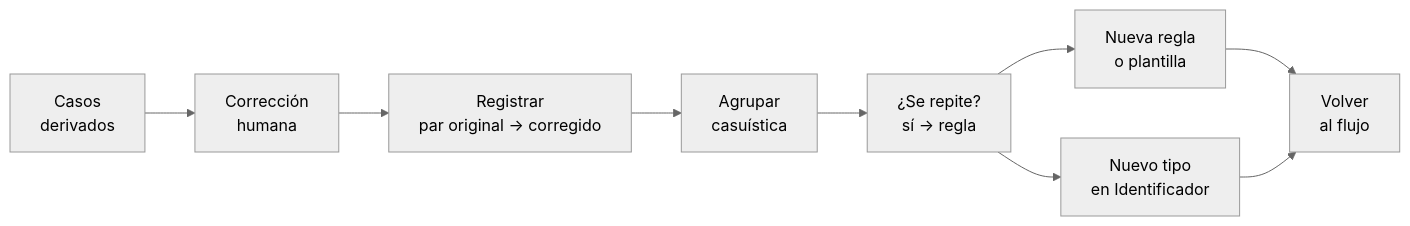
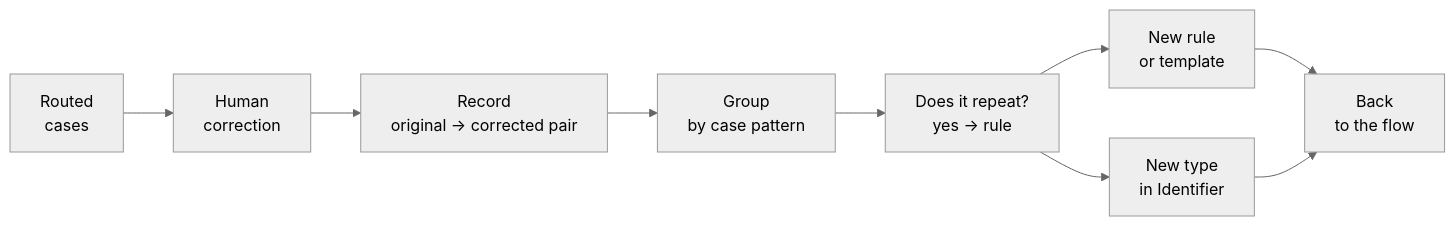
Before and after one commit to mariogarcia-ar/docflow: diagram 12 of 15 in README.md, drawn with Mermaid (neutral theme). The commit also changed other lines of this file, not shown here.

````diff
--- a/README.md
+++ b/README.md
@@ -442,11 +442,11 @@
 ```mermaid
 graph LR
-    A["Casos<br/>derivados"] --> B["Corrección<br/>humana"]
-    B --> C["Registrar<br/>par original → corregido"]
-    C --> D["Agrupar<br/>casuística"]
-    D --> E["¿Se repite?<br/>sí → regla"]
-    E --> F["Nueva regla<br/>o plantilla"]
-    E --> G["Nuevo tipo<br/>en Identificador"]
-    F --> H["Volver<br/>al flujo"]
+    A["Routed<br/>cases"] --> B["Human<br/>correction"]
+    B --> C["Record<br/>original → corrected pair"]
+    C --> D["Group<br/>by case pattern"]
+    D --> E["Does it repeat?<br/>yes → rule"]
+    E --> F["New rule<br/>or template"]
+    E --> G["New type<br/>in Identifier"]
+    F --> H["Back<br/>to the flow"]
     G --> H
 ```
````
